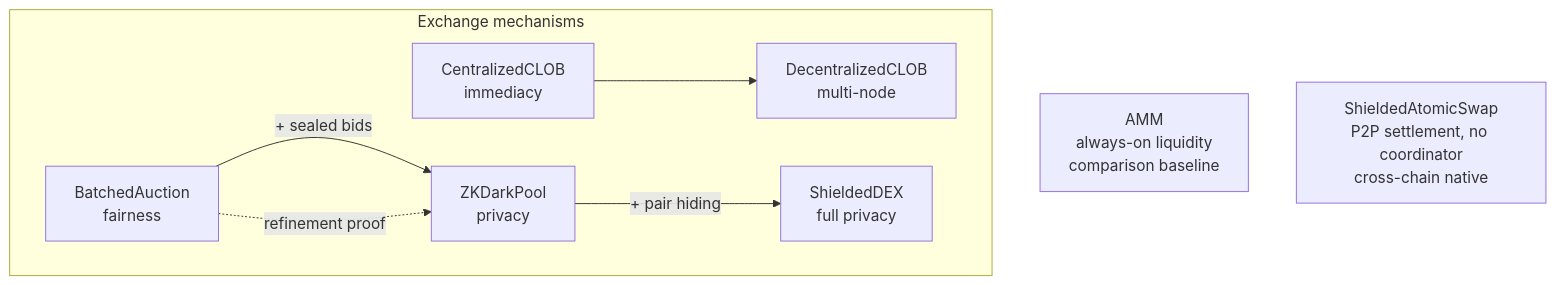
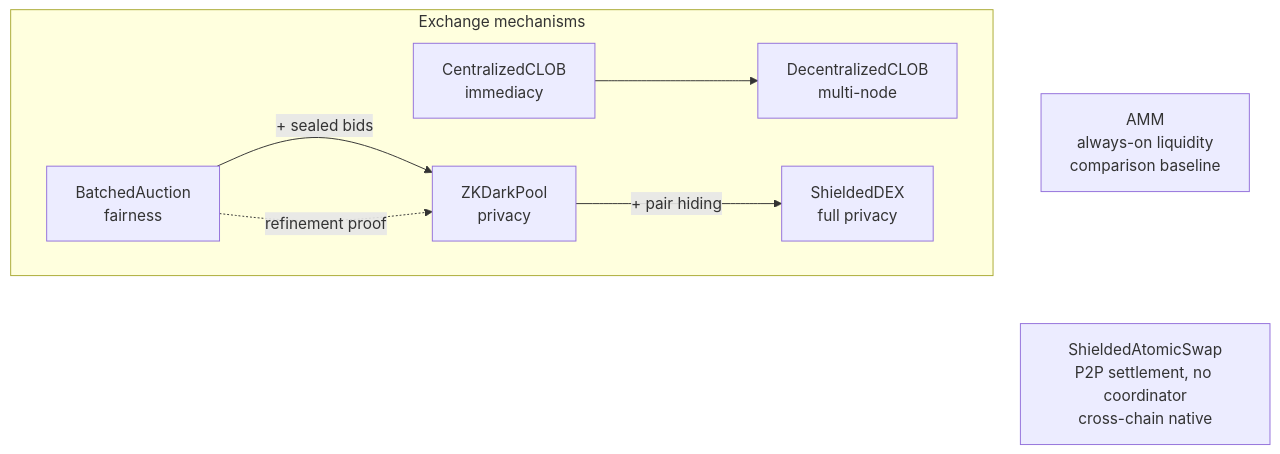
Before and after one commit to oxarbitrage/formal-market-mechanisms: the diagram in book/src/introduction.md, drawn with Mermaid.

Commit message:
place ShieldedAtomicSwap below AMM in intro diagram

````diff
--- a/book/src/introduction.md
+++ b/book/src/introduction.md
@@ -5,11 +5,11 @@
 ```mermaid
 graph TD
     subgraph Exchange mechanisms
         CLOB[CentralizedCLOB<br/>immediacy] --> DCLOB[DecentralizedCLOB<br/>multi-node]
         BA[BatchedAuction<br/>fairness] -->|+ sealed bids| ZK[ZKDarkPool<br/>privacy]
         ZK -->|+ pair hiding| SDEX[ShieldedDEX<br/>full privacy]
         BA -.->|refinement proof| ZK
     end
     AMM[AMM<br/>always-on liquidity<br/>comparison baseline]
-    SAS[ShieldedAtomicSwap<br/>P2P settlement, no coordinator<br/>cross-chain native]
+    AMM ~~~ SAS[ShieldedAtomicSwap<br/>P2P settlement, no coordinator<br/>cross-chain native]
 ```
````
